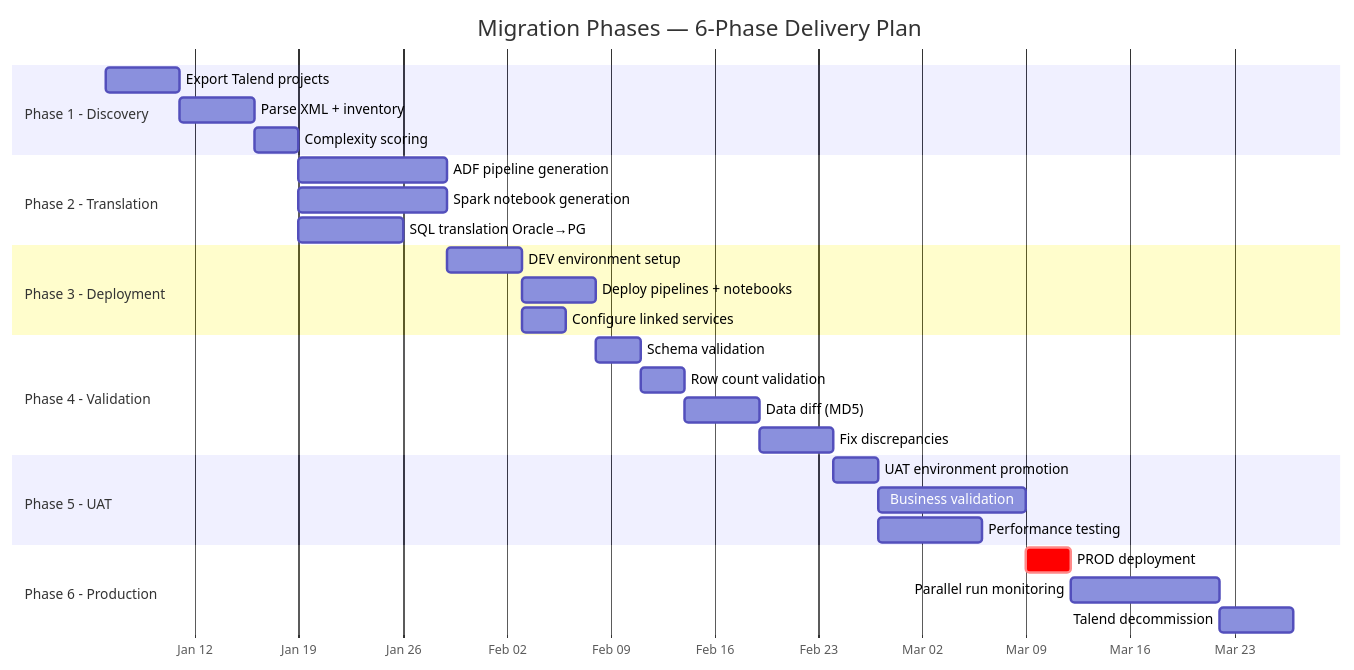
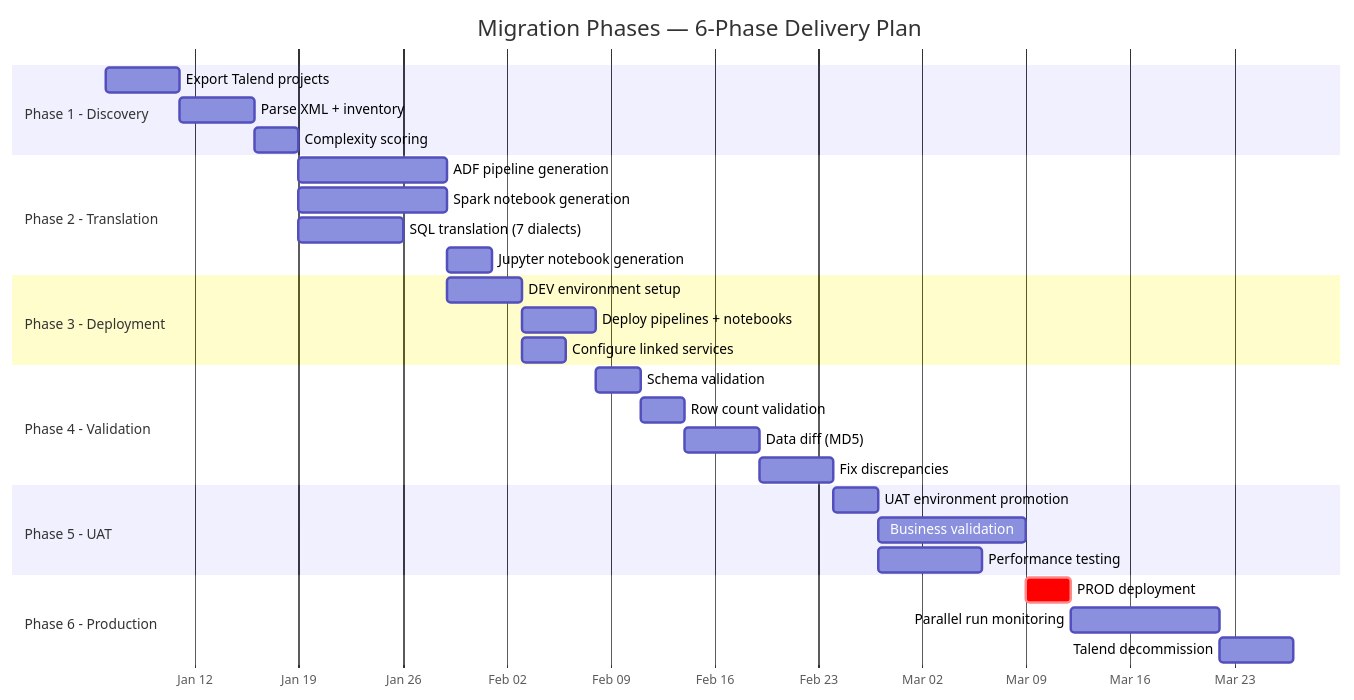
One commit to cyphou/TalendToFabric changed the ninth of 10 diagrams in docs/diagrams.md. Above: the diagram before and after it, drawn with Mermaid. The commit also changed other lines of this file and 3 other files, not shown here.

First line of the commit message:
docs: update all documentation for 3 output formats, 7 SQL dialects, 200+ components, 423 tests

````diff
--- a/docs/diagrams.md
+++ b/docs/diagrams.md
@@ -576,37 +618,38 @@
 ```mermaid
 gantt
     title Migration Phases — 6-Phase Delivery Plan
     dateFormat  YYYY-MM-DD
     axisFormat  %b %d
 
     section Phase 1 - Discovery
     Export Talend projects          :p1a, 2025-01-06, 5d
     Parse XML + inventory           :p1b, after p1a, 5d
     Complexity scoring              :p1c, after p1b, 3d
 
     section Phase 2 - Translation
     ADF pipeline generation         :p2a, after p1c, 10d
     Spark notebook generation       :p2b, after p1c, 10d
-    SQL translation Oracle→PG       :p2c, after p1c, 7d
+    SQL translation (7 dialects)    :p2c, after p1c, 7d
+    Jupyter notebook generation     :p2d, after p2b, 3d
 
     section Phase 3 - Deployment
     DEV environment setup           :p3a, after p2a, 5d
     Deploy pipelines + notebooks    :p3b, after p3a, 5d
     Configure linked services       :p3c, after p3a, 3d
 
     section Phase 4 - Validation
     Schema validation               :p4a, after p3b, 3d
     Row count validation            :p4b, after p4a, 3d
     Data diff (MD5)                 :p4c, after p4b, 5d
     Fix discrepancies               :p4d, after p4c, 5d
 
     section Phase 5 - UAT
     UAT environment promotion       :p5a, after p4d, 3d
     Business validation             :p5b, after p5a, 10d
     Performance testing             :p5c, after p5a, 7d
 
     section Phase 6 - Production
     PROD deployment                 :crit, p6a, after p5b, 3d
     Parallel run monitoring         :p6b, after p6a, 10d
     Talend decommission             :p6c, after p6b, 5d
 ```
````
